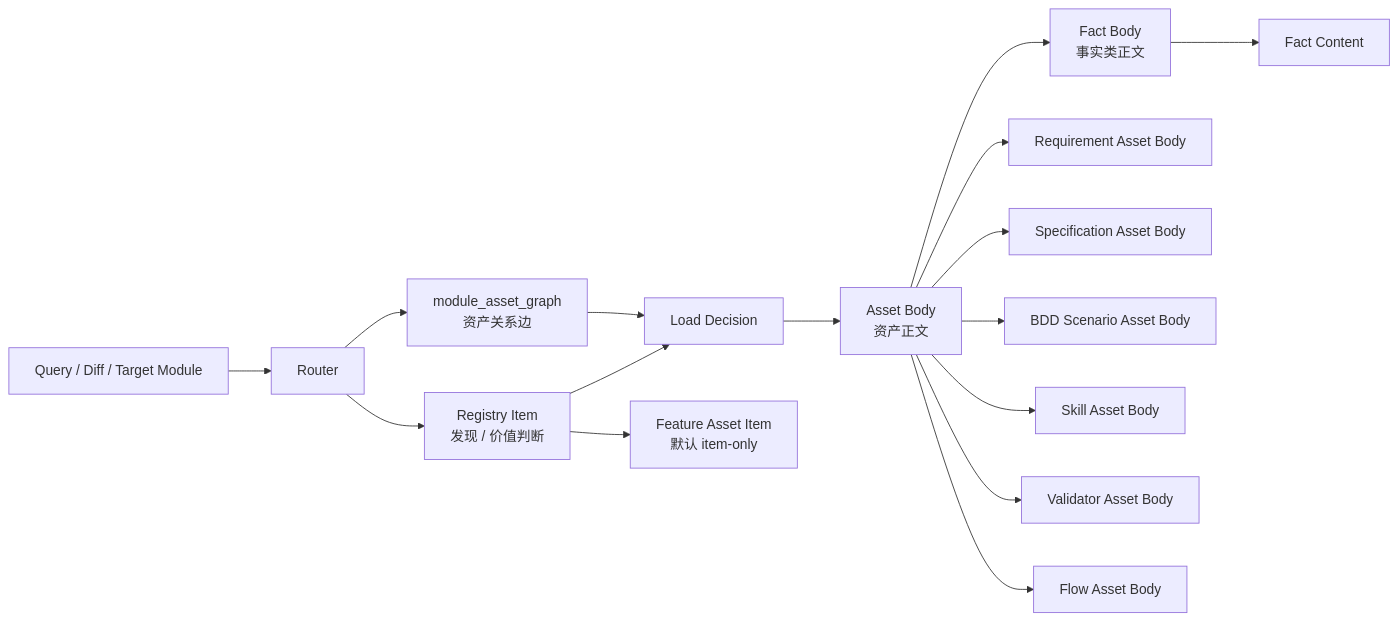
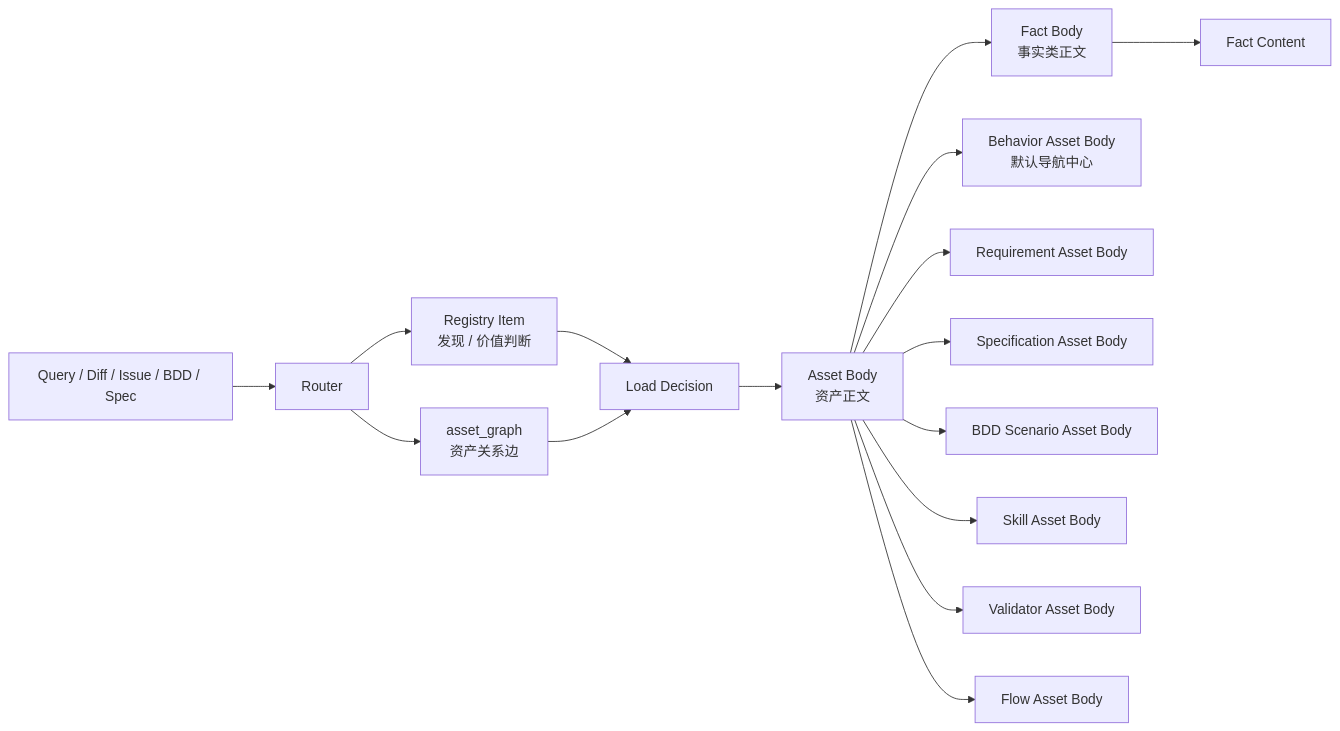
One commit to daihothot/uconnect changed the first of 5 diagrams in docs/uconnect-context-management.zh.md. Above: the diagram before and after it, drawn with Mermaid. The commit also changed other lines of this file, not shown here.

````diff
--- a/docs/uconnect-context-management.zh.md
+++ b/docs/uconnect-context-management.zh.md
@@ -48,18 +48,18 @@
 ```mermaid
 flowchart LR
-    Query[Query / Diff / Target Module] --> Router[Router]
+    Query[Query / Diff / Issue / BDD / Spec] --> Router[Router]
     Router --> Registry[Registry Item<br/>发现 / 价值判断]
-    Router --> Graph[module_asset_graph<br/>资产关系边]
+    Router --> Graph[asset_graph<br/>资产关系边]
     Registry --> Decision[Load Decision]
     Graph --> Decision
     Decision --> Body[Asset Body<br/>资产正文]
     Body --> FactAsset[Fact Body<br/>事实类正文]
-    Registry --> FeatureItem[Feature Asset Item<br/>默认 item-only]
+    Body --> BehaviorAsset[Behavior Asset Body<br/>默认导航中心]
     Body --> RequirementAsset[Requirement Asset Body]
     Body --> SpecificationAsset[Specification Asset Body]
     Body --> BddAsset[BDD Scenario Asset Body]
     Body --> SkillAsset[Skill Asset Body]
     Body --> ValidatorAsset[Validator Asset Body]
     Body --> FlowAsset[Flow Asset Body]
     FactAsset --> Fact[Fact Content]
 ```
````
